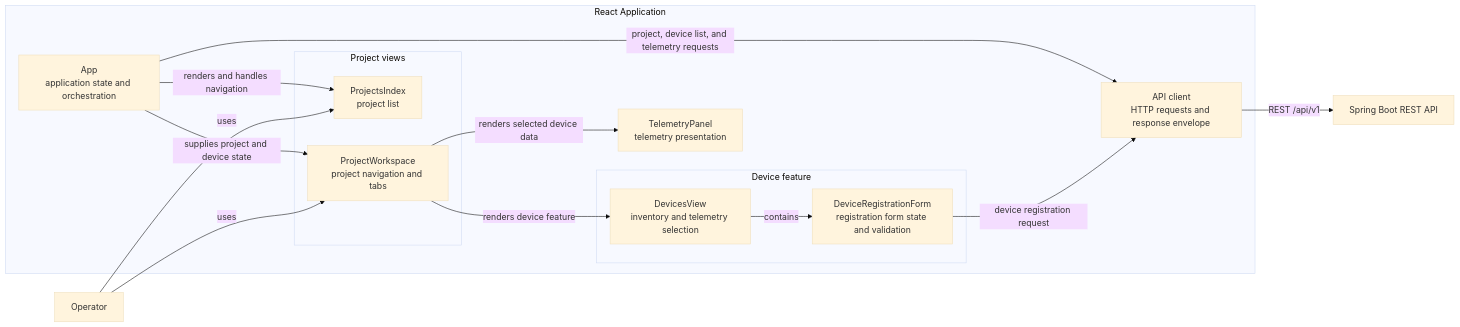
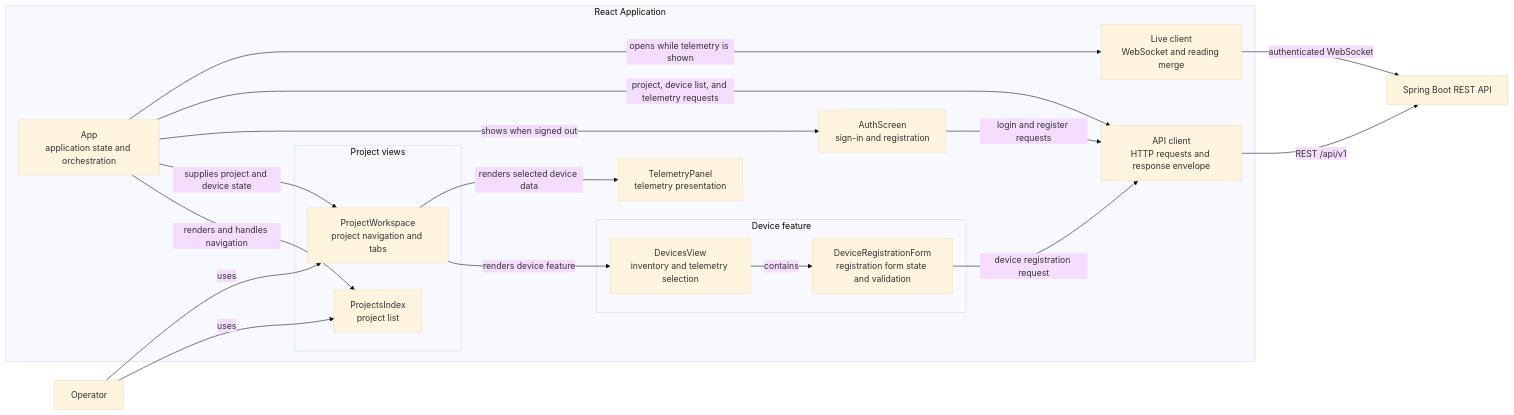
Before and after one commit to Hashu-17/openroots: the diagram in docs/architecture/c4-frontend-components.md, drawn with Mermaid (base theme). The commit also changed other lines of this file and 10 other files, not shown here.

Commit message:
docs: update architecture, product and API docs for sign-in, live telemetry and broker sync

````diff
--- a/docs/architecture/c4-frontend-components.md
+++ b/docs/architecture/c4-frontend-components.md
@@ -5,33 +5,39 @@
 ```mermaid
 flowchart LR
     operator[Operator]
 
     subgraph frontend[React Application]
         app[App<br/>application state and orchestration]
 
         subgraph project_views[Project views]
             projects[ProjectsIndex<br/>project list]
             workspace[ProjectWorkspace<br/>project navigation and tabs]
         end
 
         subgraph device_feature[Device feature]
             devices[DevicesView<br/>inventory and telemetry selection]
             registration[DeviceRegistrationForm<br/>registration form state and validation]
         end
 
+        auth[AuthScreen<br/>sign-in and registration]
         telemetry[TelemetryPanel<br/>telemetry presentation]
         client[API client<br/>HTTP requests and response envelope]
+        live[Live client<br/>WebSocket and reading merge]
 
         app -->|renders and handles navigation| projects
         app -->|supplies project and device state| workspace
         workspace -->|renders device feature| devices
         devices -->|contains| registration
         workspace -->|renders selected device data| telemetry
+        app -->|shows when signed out| auth
+        auth -->|login and register requests| client
         app -->|project, device list, and telemetry requests| client
+        app -->|opens while telemetry is shown| live
         registration -->|device registration request| client
     end
 
     operator -->|uses| projects
     operator -->|uses| workspace
     client -->|REST /api/v1| backend[Spring Boot REST API]
+    live -->|authenticated WebSocket| backend
 ```
````
